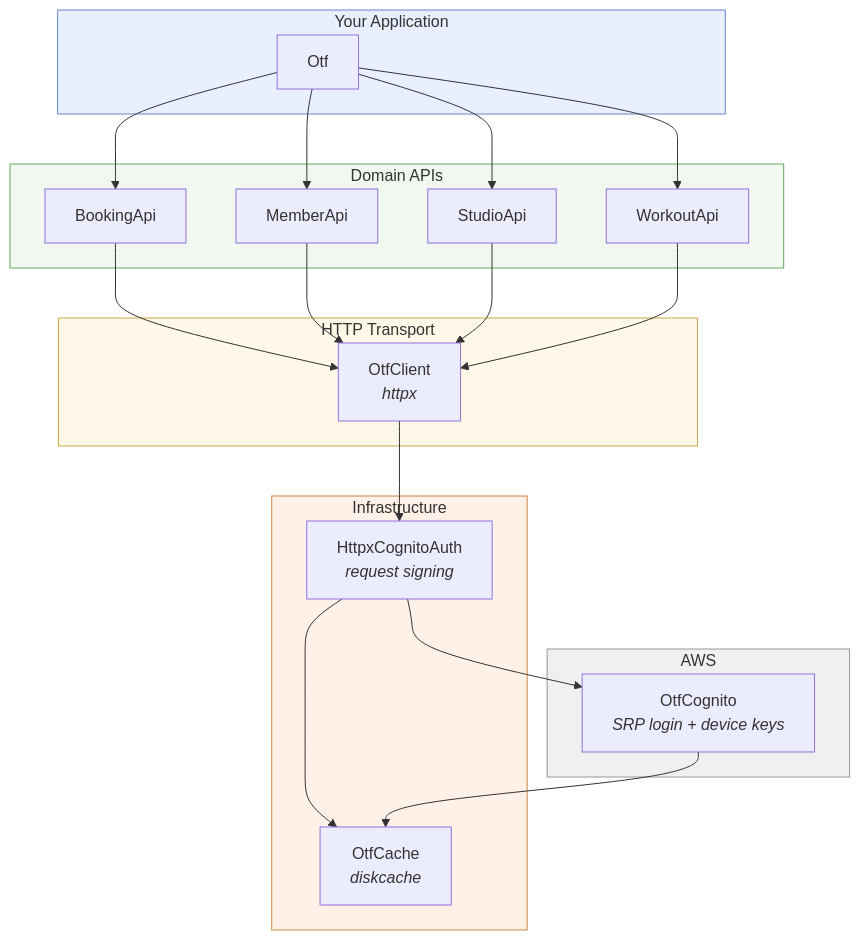
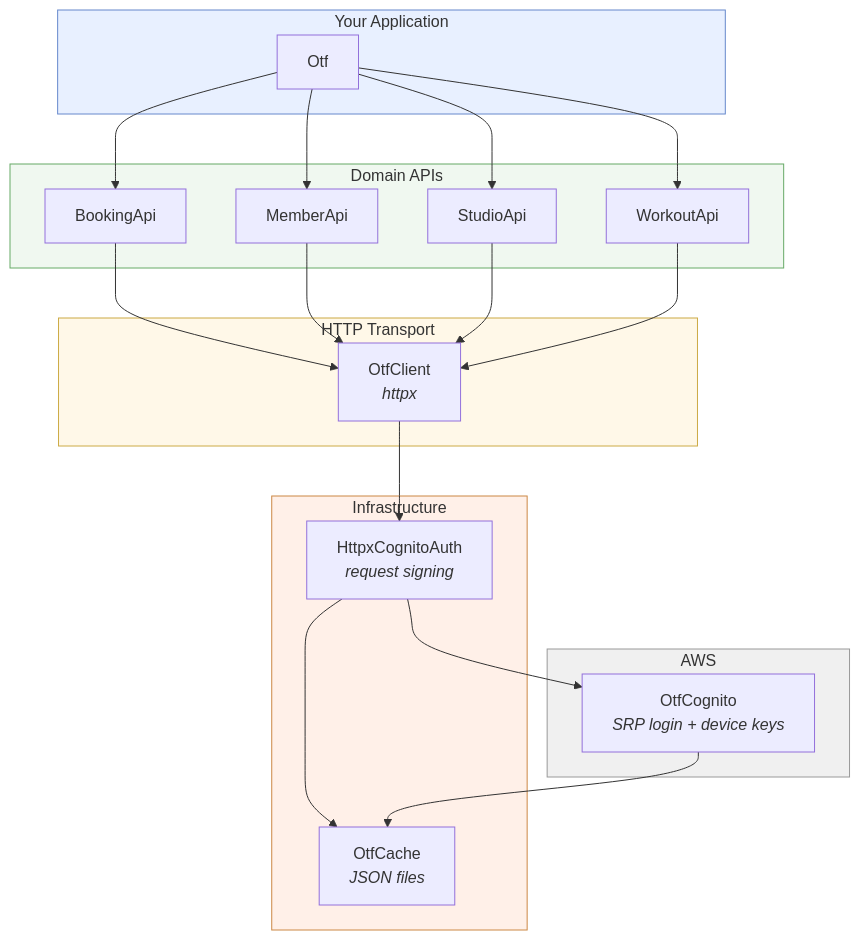
Before and after one commit to NodeJSmith/otf-api: the diagram in docs/architecture/index.md, drawn with Mermaid. The commit also changed other lines of this file and 10 other files, not shown here.

First line of the commit message:
fix(cache)!: replace diskcache with owner-only JSON files (#212)

````diff
--- a/docs/architecture/index.md
+++ b/docs/architecture/index.md
@@ -7,39 +7,39 @@
 ```mermaid
 flowchart TD
     subgraph app["Your Application"]
         OTF["Otf"]
     end
 
     subgraph domains["Domain APIs"]
         BOOK["BookingApi"]
         MEM["MemberApi"]
         STUDIO["StudioApi"]
         WORK["WorkoutApi"]
     end
 
     subgraph transport["HTTP Transport"]
         CLIENT["OtfClient<br/><i>httpx</i>"]
     end
 
     subgraph infra["Infrastructure"]
         AUTH["HttpxCognitoAuth<br/><i>request signing</i>"]
-        CACHE["OtfCache<br/><i>diskcache</i>"]
+        CACHE["OtfCache<br/><i>JSON files</i>"]
     end
 
     subgraph cognito["AWS"]
         COG["OtfCognito<br/><i>SRP login + device keys</i>"]
     end
 
     OTF --> BOOK & MEM & STUDIO & WORK
     BOOK & MEM & STUDIO & WORK --> CLIENT
     CLIENT --> AUTH
     AUTH --> COG
     AUTH --> CACHE
     COG --> CACHE
 
     style app fill:#e8f0ff,stroke:#6688cc
     style domains fill:#f0f8f0,stroke:#66aa66
     style transport fill:#fff8e8,stroke:#ccaa44
     style infra fill:#fff0e8,stroke:#cc8844
     style cognito fill:#f0f0f0,stroke:#999
 ```
````
